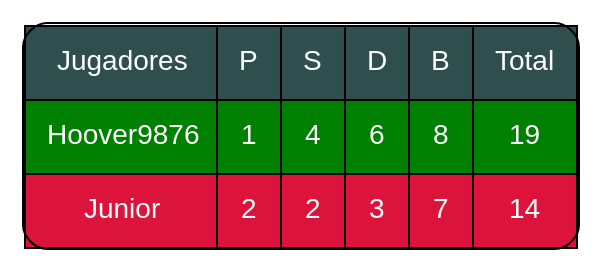
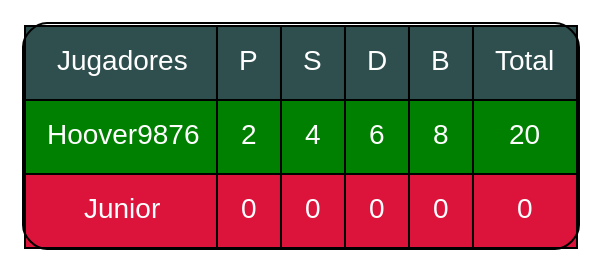
One commit to Desconocido502/-EDD_2S-BatallaNaval_201902502 changed the diagram in Fase 3/Cliente/EDDimg/ResultGame_html.dot. Above: the diagram before and after it, drawn with Graphviz. The commit also changed 15 other files, not shown here.

```diff
--- a/Fase 3/Cliente/EDDimg/ResultGame_html.dot
+++ b/Fase 3/Cliente/EDDimg/ResultGame_html.dot
@@ -1,34 +1,34 @@
 
 digraph html {
   node [fontname="Helvetica,Arial,sans-serif", fontcolor="white"]
   abc [shape = none, margin = 0, label=<
 <TABLE BORDER = "1" CELLBORDER = "1" CELLSPACING="0" CELLPADDING="10" style='rounded'>
 <TR>
 	<TD BGCOLOR="DarkSlateGray">Jugadores</TD>
 	<TD BGCOLOR="DarkSlateGray">P</TD>
 	<TD BGCOLOR="DarkSlateGray">S</TD>
 	<TD BGCOLOR="DarkSlateGray">D</TD>
 	<TD BGCOLOR="DarkSlateGray">B</TD>
 	<TD BGCOLOR="DarkSlateGray">Total</TD>
 </TR>
 
 <TR>
     <TD BGCOLOR="#008000">Hoover9876</TD>
-    <TD BGCOLOR="#008000">1</TD>
+    <TD BGCOLOR="#008000">2</TD>
     <TD BGCOLOR="#008000">4</TD>
     <TD BGCOLOR="#008000">6</TD>
     <TD BGCOLOR="#008000">8</TD>
-    <TD BGCOLOR="#008000">19</TD>
+    <TD BGCOLOR="#008000">20</TD>
 </TR>
 
 <TR>
     <TD BGCOLOR="Crimson">Junior</TD>
-    <TD BGCOLOR="Crimson">2</TD>
-    <TD BGCOLOR="Crimson">2</TD>
-    <TD BGCOLOR="Crimson">3</TD>
-    <TD BGCOLOR="Crimson">7</TD>
-    <TD BGCOLOR="Crimson">14</TD>
+    <TD BGCOLOR="Crimson">0</TD>
+    <TD BGCOLOR="Crimson">0</TD>
+    <TD BGCOLOR="Crimson">0</TD>
+    <TD BGCOLOR="Crimson">0</TD>
+    <TD BGCOLOR="Crimson">0</TD>
 </TR>
 </TABLE>>];
 
 }
```
